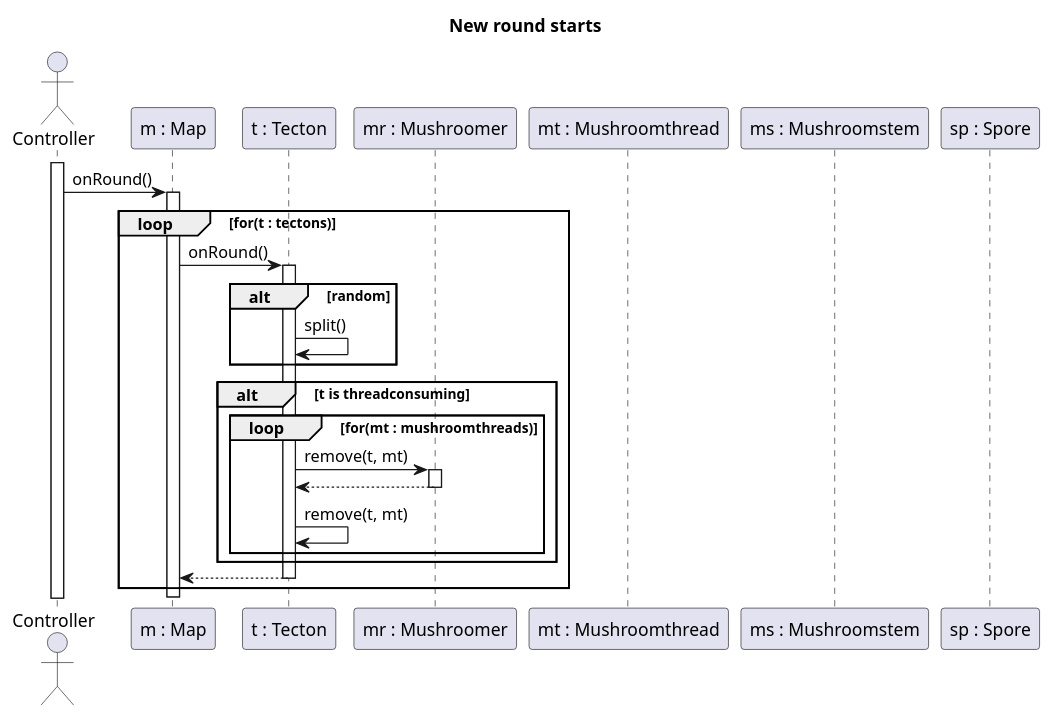
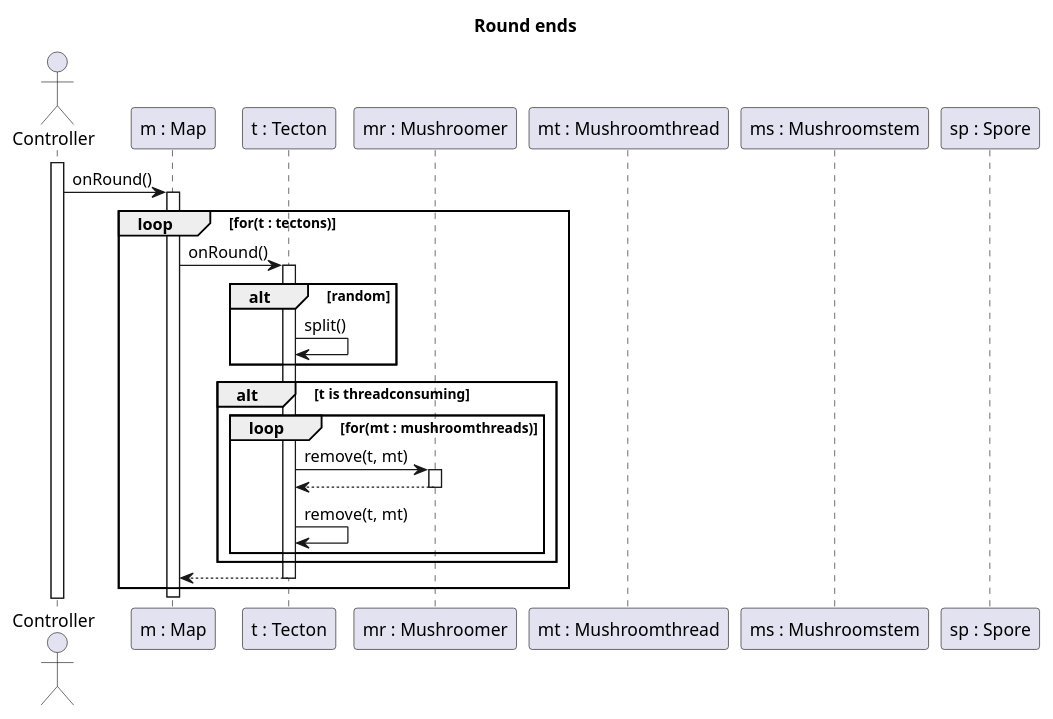
The diagram in 5/sequences/startsRound.puml (Petya-G/fungorium), drawn with PlantUML before and after one commit. The commit also changed 5 other files, not shown here.

```diff
--- a/5/sequences/startsRound.puml
+++ b/5/sequences/startsRound.puml
@@ -1,41 +1,41 @@
-@startuml New round starts
-title New round starts
+@startuml NewRoundStarts
+title Round ends
 
 actor Controller
 participant "m : Map" as M
 participant "t : Tecton" as T
 participant "mr : Mushroomer" as MR
 participant "mt : Mushroomthread" as MT
 participant "ms : Mushroomstem" as MS
 participant "sp : Spore" as SP
 
 activate Controller
 Controller -> M : onRound()
 activate M
 
 loop for(t : tectons)
     M -> T : onRound()
     activate T
 
     alt random
         T -> T : split()
         'edit here
     end
 
     alt t is threadconsuming
         loop for(mt : mushroomthreads)
             T -> MR : remove(t, mt)
             activate MR
             T <-- MR
             deactivate MR
 
             T -> T : remove(t, mt)
         end
     end
 
     M <-- T
     deactivate T
 end
 deactivate M
 
 @enduml
```
